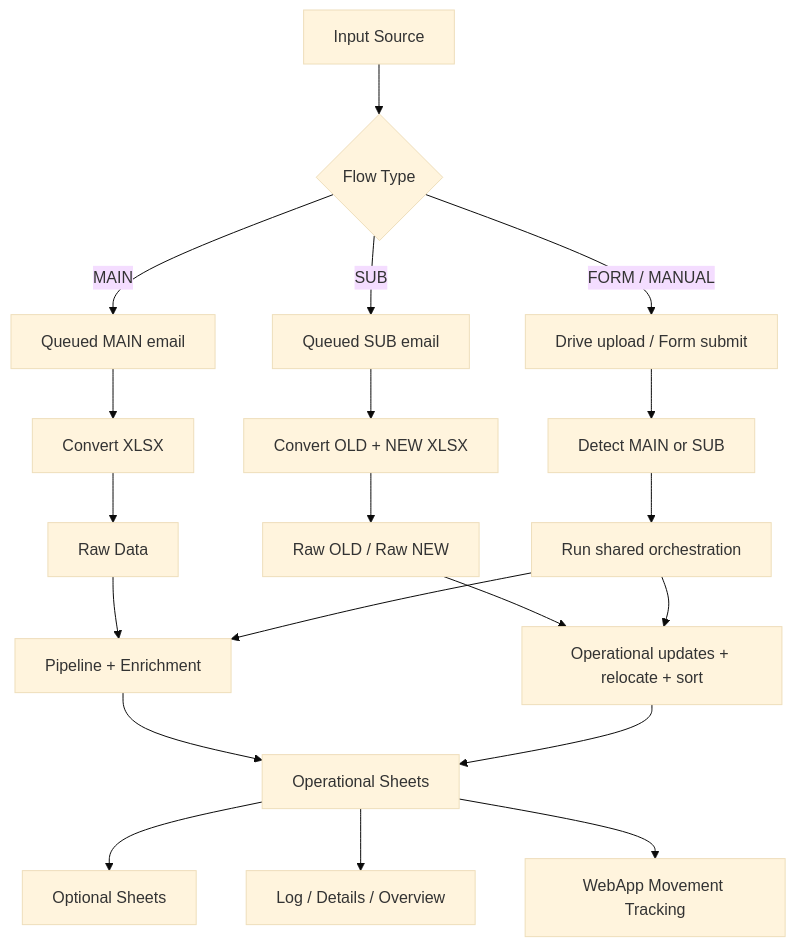
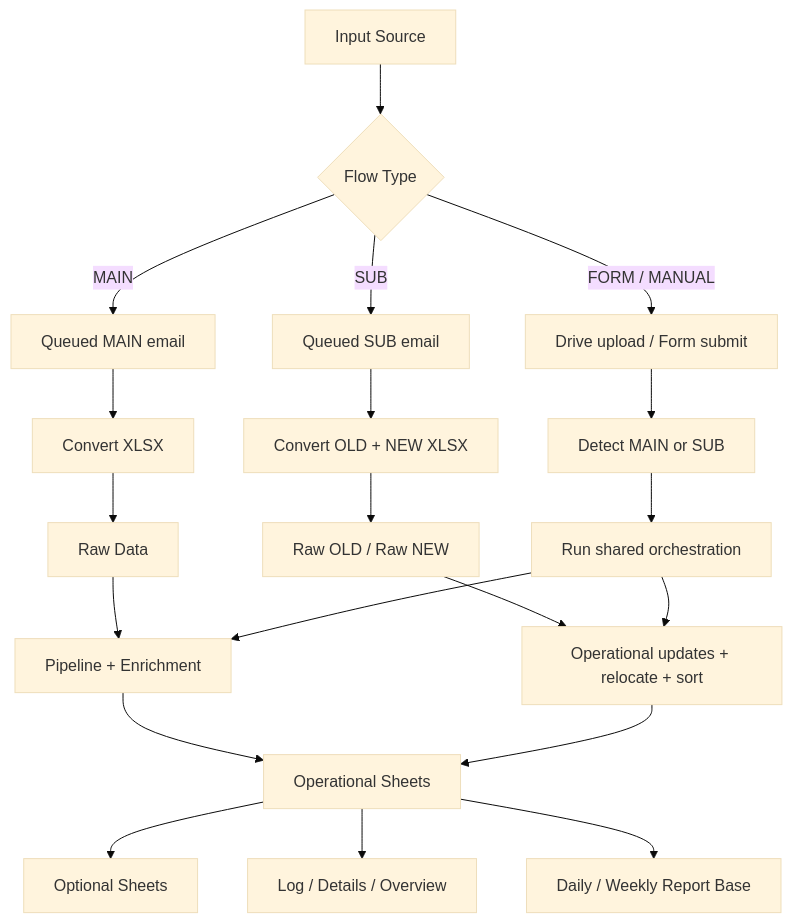
One commit to Harshwell/workflow changed the first of 5 diagrams in docs/WORKFLOW_MAP.md. Above: the diagram before and after it, drawn with Mermaid (base theme). The commit also changed other lines of this file and 11 other files, not shown here.

Commit message:
Prune movement tracking and document reject routing

````diff
--- a/docs/WORKFLOW_MAP.md
+++ b/docs/WORKFLOW_MAP.md
@@ -14,26 +14,26 @@
 ```mermaid
 flowchart TD
     A[Input Source] --> B{Flow Type}
     B -->|MAIN| C[Queued MAIN email]
     B -->|SUB| D[Queued SUB email]
     B -->|FORM / MANUAL| E[Drive upload / Form submit]
 
     C --> F[Convert XLSX]
     D --> G[Convert OLD + NEW XLSX]
     E --> H[Detect MAIN or SUB]
 
     F --> I[Raw Data]
     G --> J[Raw OLD / Raw NEW]
     H --> K[Run shared orchestration]
 
     I --> L[Pipeline + Enrichment]
     J --> M[Operational updates + relocate + sort]
     K --> L
     K --> M
 
     L --> N[Operational Sheets]
     M --> N
     N --> O[Optional Sheets]
     N --> P[Log / Details / Overview]
-    N --> Q[WebApp Movement Tracking]
+    N --> Q[Daily / Weekly Report Base]
 ```
````
